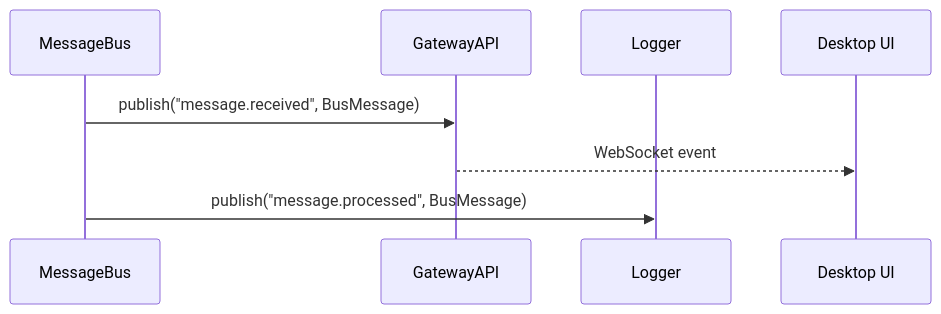
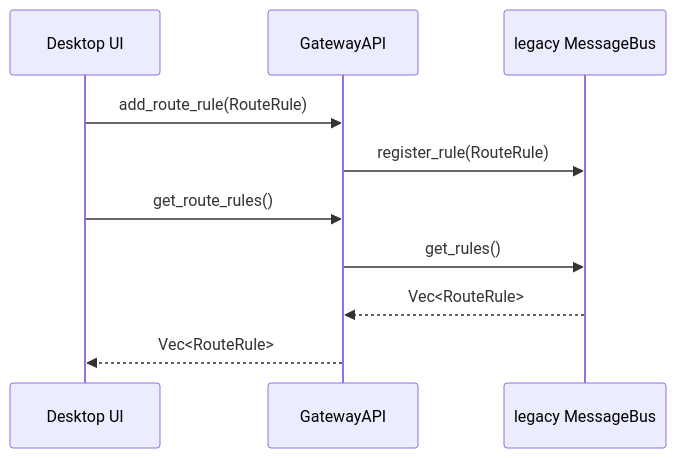
One commit to zhuxining/MindClaw changed the third of 3 diagrams in docs/architecture/20-message-bus.md. Above: the diagram before and after it, drawn with Mermaid. The commit also changed other lines of this file and 17 other files, not shown here.

First line of the commit message:
feat: add event bus for runtime events and message processing

````diff
--- a/docs/architecture/20-message-bus.md
+++ b/docs/architecture/20-message-bus.md
@@ -63,11 +100,13 @@
 ```mermaid
 sequenceDiagram
-    participant MB as MessageBus
+    participant UI as Desktop UI
     participant API as GatewayAPI
-    participant LOG as Logger
-    participant UI as Desktop UI
+    participant MB as legacy MessageBus
 
-    MB->>API: publish("message.received", BusMessage)
-    API-->>UI: WebSocket event
-    MB->>LOG: publish("message.processed", BusMessage)
+    UI->>API: add_route_rule(RouteRule)
+    API->>MB: register_rule(RouteRule)
+    UI->>API: get_route_rules()
+    API->>MB: get_rules()
+    MB-->>API: Vec<RouteRule>
+    API-->>UI: Vec<RouteRule>
 ```
````
